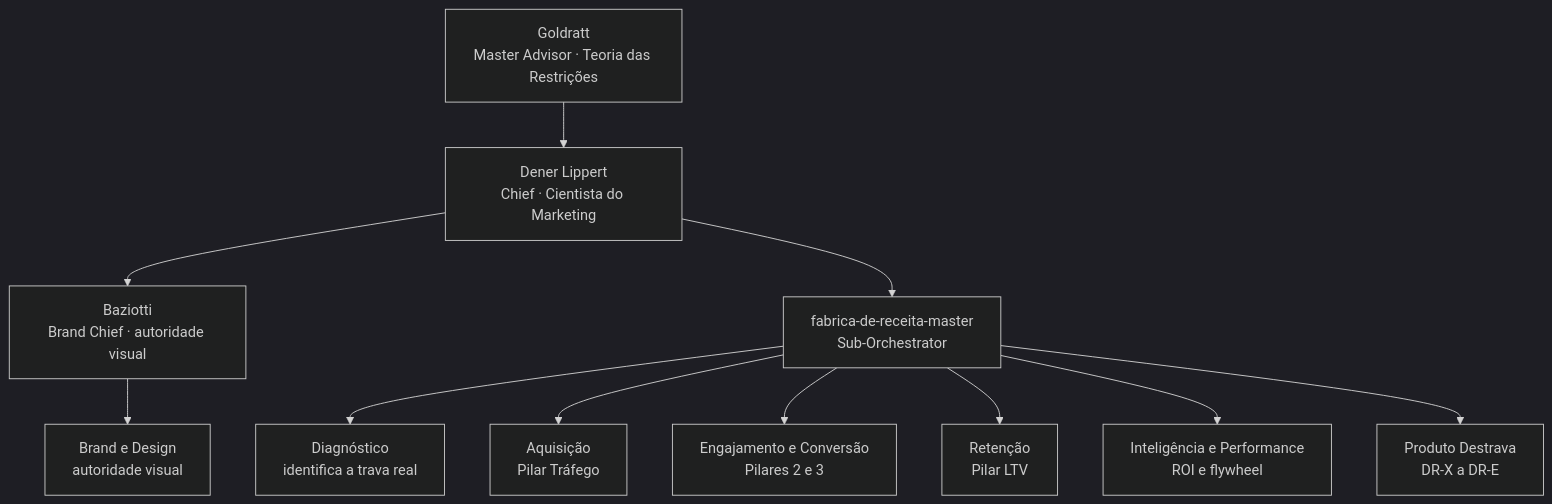
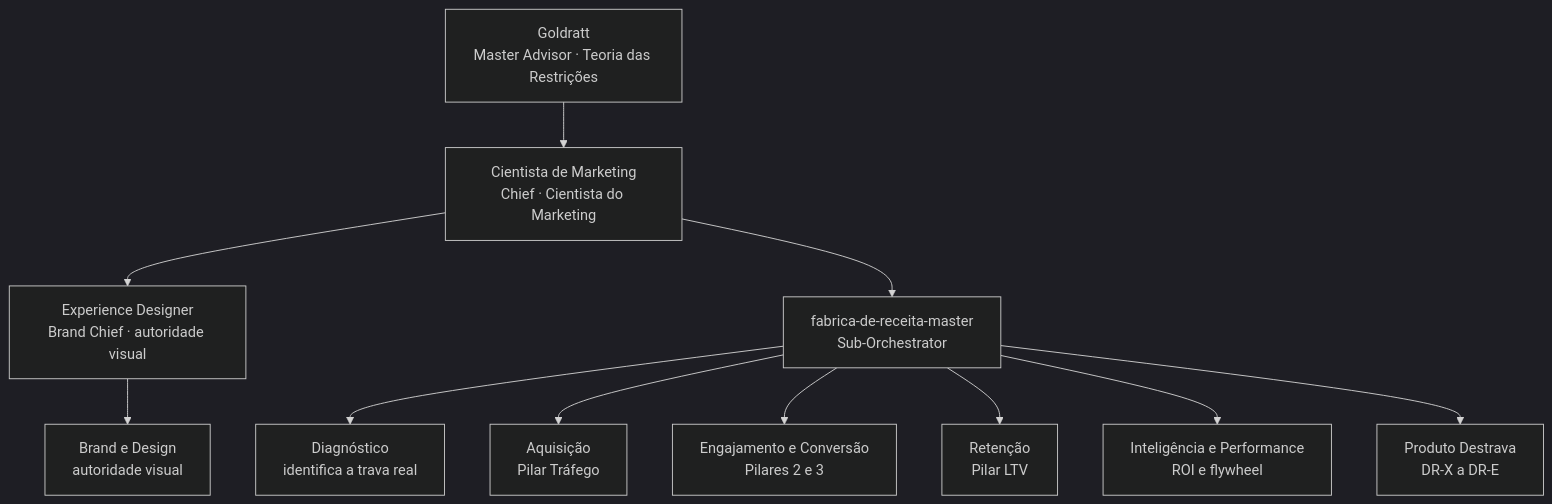
Before and after one commit to luizxhgomes/squad-fabrica-de-receita-v4: the diagram in README.md, drawn with Mermaid (dark theme). The commit also changed other lines of this file and 140 other files, not shown here.

````diff
--- a/README.md
+++ b/README.md
@@ -65,19 +65,19 @@
 ```mermaid
 graph TD
     G["Goldratt<br/>Master Advisor · Teoria das Restrições"]
-    D["Dener Lippert<br/>Chief · Cientista do Marketing"]
-    B["Baziotti<br/>Brand Chief · autoridade visual"]
+    D["Cientista de Marketing<br/>Chief · Cientista do Marketing"]
+    B["Experience Designer<br/>Brand Chief · autoridade visual"]
     M["fabrica-de-receita-master<br/>Sub-Orchestrator"]
 
     G --> D
     D --> B
     D --> M
 
     M --> F1["Diagnóstico<br/>identifica a trava real"]
     M --> F2["Aquisição<br/>Pilar Tráfego"]
     M --> F3["Engajamento e Conversão<br/>Pilares 2 e 3"]
     M --> F4["Retenção<br/>Pilar LTV"]
     M --> F5["Inteligência e Performance<br/>ROI e flywheel"]
     M --> F6["Produto Destrava<br/>DR-X a DR-E"]
     B --> F7["Brand e Design<br/>autoridade visual"]
 ```
````
